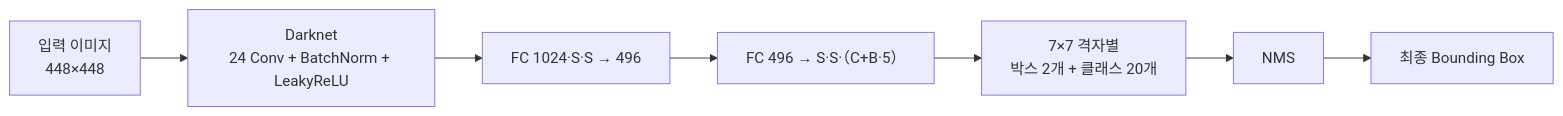
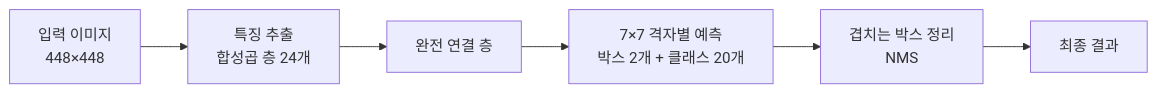
Before and after one commit to mjk022/portfolio: the diagram in YOLO/README.md, drawn with Mermaid. The commit also changed other lines of this file and 8 other files, not shown here.

````diff
--- a/YOLO/README.md
+++ b/YOLO/README.md
@@ -13,9 +31,8 @@
 ```mermaid
 flowchart LR
-    A[입력 이미지<br/>448×448] --> B[Darknet<br/>24 Conv + BatchNorm + LeakyReLU]
-    B --> C[FC 1024·S·S → 496]
-    C --> D[FC 496 → S·S·（C+B·5）]
-    D --> E[7×7 격자별<br/>박스 2개 + 클래스 20개]
-    E --> F[NMS]
-    F --> G[최종 Bounding Box]
+    A[입력 이미지<br/>448×448] --> B[특징 추출<br/>합성곱 층 24개]
+    B --> C[완전 연결 층]
+    C --> D[7×7 격자별 예측<br/>박스 2개 + 클래스 20개]
+    D --> E[겹치는 박스 정리<br/>NMS]
+    E --> F[최종 결과]
 ```
````
